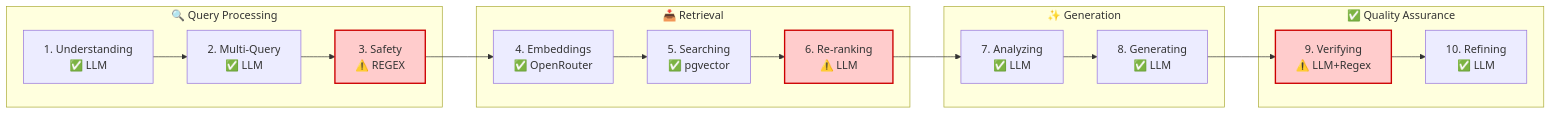
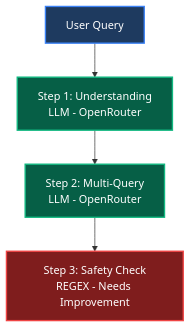
The first of 22 diagrams in docs/roadmap/RAG_V6.md (RaulJuliosIglesias/ai-powered_cv_screener), drawn with Mermaid before and after one commit. The commit also changed other lines of this file, not shown here.

````diff
--- a/docs/roadmap/RAG_V6.md
+++ b/docs/roadmap/RAG_V6.md
@@ -27,27 +28,11 @@
 ```mermaid
-flowchart LR
-    subgraph Phase1["🔍 Query Processing"]
-        A["1. Understanding<br/>✅ LLM"] --> B["2. Multi-Query<br/>✅ LLM"]
-        B --> C["3. Safety<br/>⚠️ REGEX"]
-    end
+flowchart TB
+    A[User Query] --> B[Step 1: Understanding<br/>LLM - OpenRouter]
+    B --> C[Step 2: Multi-Query<br/>LLM - OpenRouter]
+    C --> D[Step 3: Safety Check<br/>REGEX - Needs Improvement]
     
-    subgraph Phase2["📥 Retrieval"]
-        C --> D["4. Embeddings<br/>✅ OpenRouter"]
-        D --> E["5. Searching<br/>✅ pgvector"]
-        E --> F["6. Re-ranking<br/>⚠️ LLM"]
-    end
-    
-    subgraph Phase3["✨ Generation"]
-        F --> G["7. Analyzing<br/>✅ LLM"]
-        G --> H["8. Generating<br/>✅ LLM"]
-    end
-    
-    subgraph Phase4["✅ Quality Assurance"]
-        H --> I["9. Verifying<br/>⚠️ LLM+Regex"]
-        I --> J["10. Refining<br/>✅ LLM"]
-    end
-    
-    style C fill:#ffcccc,stroke:#cc0000,stroke-width:2px
-    style F fill:#ffcccc,stroke:#cc0000,stroke-width:2px
-    style I fill:#ffcccc,stroke:#cc0000,stroke-width:2px
+    style A fill:#1e3a5f,stroke:#3b82f6,stroke-width:2px,color:#ffffff
+    style B fill:#065f46,stroke:#10b981,stroke-width:2px,color:#ffffff
+    style C fill:#065f46,stroke:#10b981,stroke-width:2px,color:#ffffff
+    style D fill:#7f1d1d,stroke:#ef4444,stroke-width:2px,color:#ffffff
 ```
````
